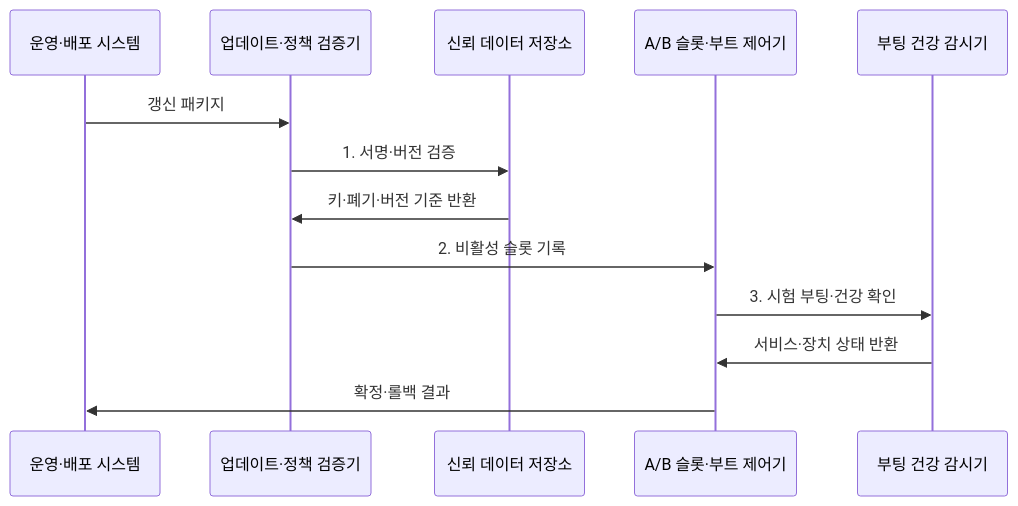
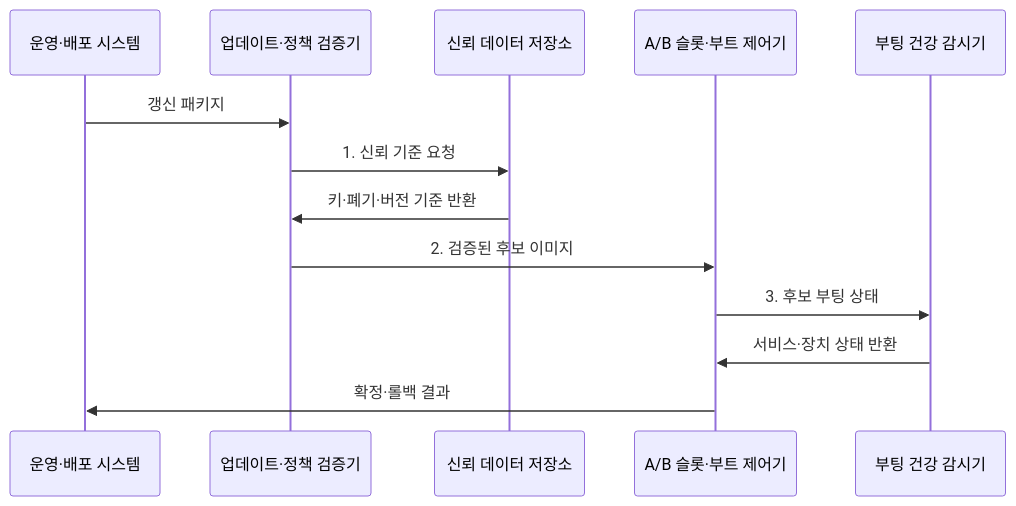
The second of 2 diagrams in src/content/docs/notes/02-hardware/069_firmware_security.md (agnusdei1207/knowledge-base), drawn with Mermaid before and after one commit. The commit also changed other lines of this file and 20 other files, not shown here.

````diff
--- a/src/content/docs/notes/02-hardware/069_firmware_security.md
+++ b/src/content/docs/notes/02-hardware/069_firmware_security.md
@@ -86,16 +91,16 @@
 ```mermaid
 sequenceDiagram
     participant O as 운영·배포 시스템
     participant U as 업데이트·정책 검증기
     participant T as 신뢰 데이터 저장소
     participant S as A/B 슬롯·부트 제어기
     participant H as 부팅 건강 감시기
 
     O->>U: 갱신 패키지
-    U->>T: 1. 서명·버전 검증
+    U->>T: 1. 신뢰 기준 요청
     T->>U: 키·폐기·버전 기준 반환
-    U->>S: 2. 비활성 슬롯 기록
-    S->>H: 3. 시험 부팅·건강 확인
+    U->>S: 2. 검증된 후보 이미지
+    S->>H: 3. 후보 부팅 상태
     H->>S: 서비스·장치 상태 반환
     S->>O: 확정·롤백 결과
 ```
````
